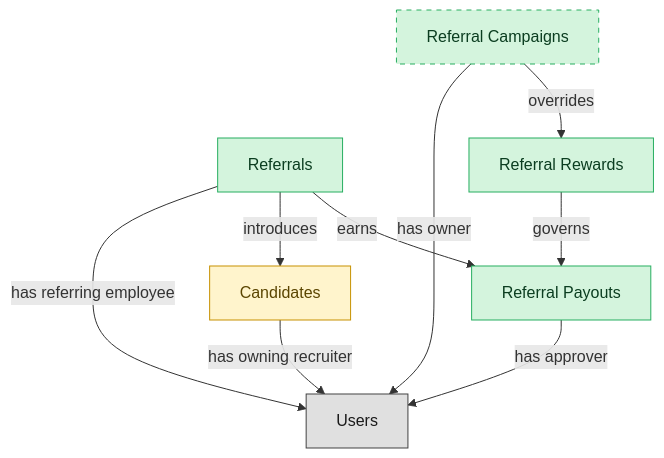
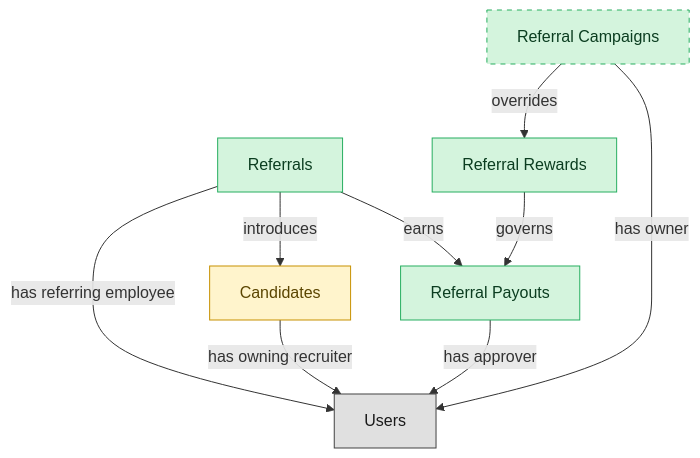
Before and after one commit to IntranetFactory/domain-map: the diagram in catalog/blueprints/ats-referrals-semantic-blueprint.md, drawn with Mermaid. The commit also changed other lines of this file and 35 other files, not shown here.

````diff
--- a/catalog/blueprints/ats-referrals-semantic-blueprint.md
+++ b/catalog/blueprints/ats-referrals-semantic-blueprint.md
@@ -34,27 +34,27 @@
 ```mermaid
 flowchart TD
   classDef master fill:#d4f4dd,stroke:#27ae60,color:#0b3d20;
   classDef embedded_master fill:#fff4cc,stroke:#c79100,color:#5b4500;
   classDef platform_builtin fill:#e0e0e0,stroke:#424242,color:#1a1a1a;
+  candidates["Candidates"]
   candidate_referrals["Referrals"]
-  candidates["Candidates"]
   referral_rewards["Referral Rewards"]
   referral_payouts["Referral Payouts"]
   referral_campaigns["Referral Campaigns"]
   users["Users"]
+  candidate_referrals -->|"introduces"| candidates
   candidate_referrals -->|"earns"| referral_payouts
   referral_rewards -->|"governs"| referral_payouts
   referral_campaigns -->|"overrides"| referral_rewards
-  candidate_referrals -->|"introduces"| candidates
+  candidate_referrals -->|"has referring employee"| users
   candidates -->|"has owning recruiter"| users
   referral_payouts -->|"has approver"| users
   referral_campaigns -->|"has owner"| users
-  candidate_referrals -->|"has referring employee"| users
+  class candidates embedded_master;
   class candidate_referrals master;
-  class candidates embedded_master;
   class referral_rewards master;
   class referral_payouts master;
   class referral_campaigns master;
   class users platform_builtin;
   style referral_campaigns stroke-dasharray:5 5;
 ```
````
